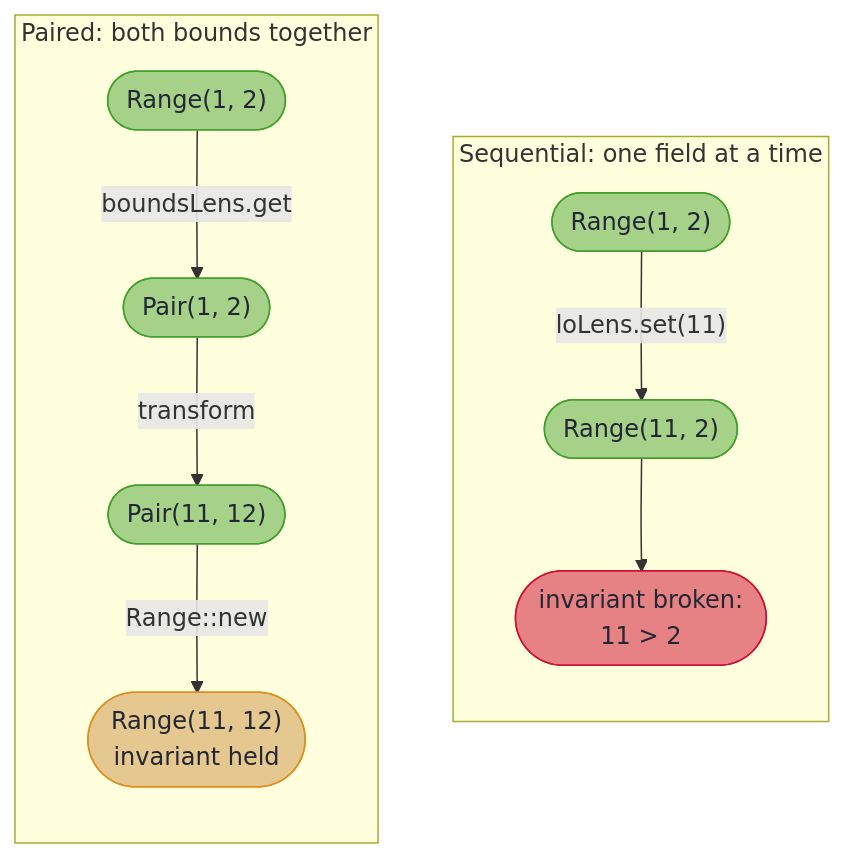
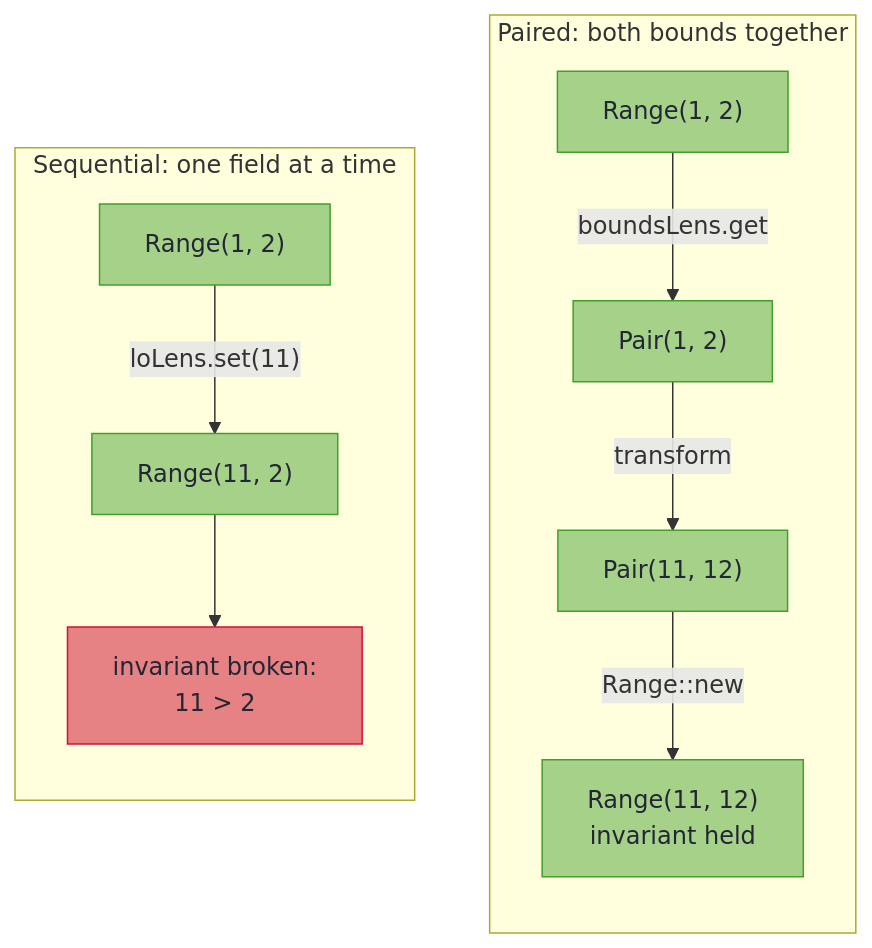
The second of 2 diagrams in latest/optics/coupled_fields.md (higher-kinded-j/higher-kinded-j.github.io), drawn with Mermaid before and after one commit. The commit also changed other lines of this file and 55 other files, not shown here.

````diff
--- a/latest/optics/coupled_fields.md
+++ b/latest/optics/coupled_fields.md
@@ -124,20 +127,23 @@
 ```mermaid
 flowchart TD
+    accTitle: Sequential and paired updates of a Range
+    accDescr: Sequentially, loLens.set(11) turns Range(1, 2) into Range(11, 2), which breaks the invariant because 11 is greater than 2. Paired, boundsLens.get reads Range(1, 2) as Pair(1, 2), the transform gives Pair(11, 12), and Range::new builds Range(11, 12) with the invariant held.
+    %% declared in reverse: the layout places the last subgraph on the left
+    subgraph pair["Paired: both bounds together"]
+        direction TB
+        P1["Range(1, 2)"] -->|"boundsLens.get"| P2["Pair(1, 2)"]
+        P2 -->|"transform"| P3["Pair(11, 12)"]
+        P3 -->|"Range::new"| P4["Range(11, 12)<br/>invariant held"]
+    end
     subgraph seq["Sequential: one field at a time"]
         direction TB
-        S1(["Range(1, 2)"]) -->|"loLens.set(11)"| S2(["Range(11, 2)"]) --> S3(["invariant broken:<br/>11 &gt; 2"])
-    end
-    subgraph pair["Paired: both bounds together"]
-        direction TB
-        P1(["Range(1, 2)"]) -->|"boundsLens.get"| P2(["Pair(1, 2)"])
-        P2 -->|"transform"| P3(["Pair(11, 12)"])
-        P3 -->|"Range::new"| P4(["Range(11, 12)<br/>invariant held"])
+        S1["Range(1, 2)"] -->|"loLens.set(11)"| S2["Range(11, 2)"] --> S3["invariant broken:<br/>11 &gt; 2"]
     end
 
     classDef tier fill:#a6d189,stroke:#40a02b,color:#232634
-    classDef out fill:#e5c890,stroke:#df8e1d,color:#232634
+    classDef out fill:#a6d189,stroke:#40a02b,color:#232634
     classDef bad fill:#e78284,stroke:#d20f39,color:#232634
     class S1,S2,P1,P2,P3 tier
     class P4 out
     class S3 bad
 ```
````
